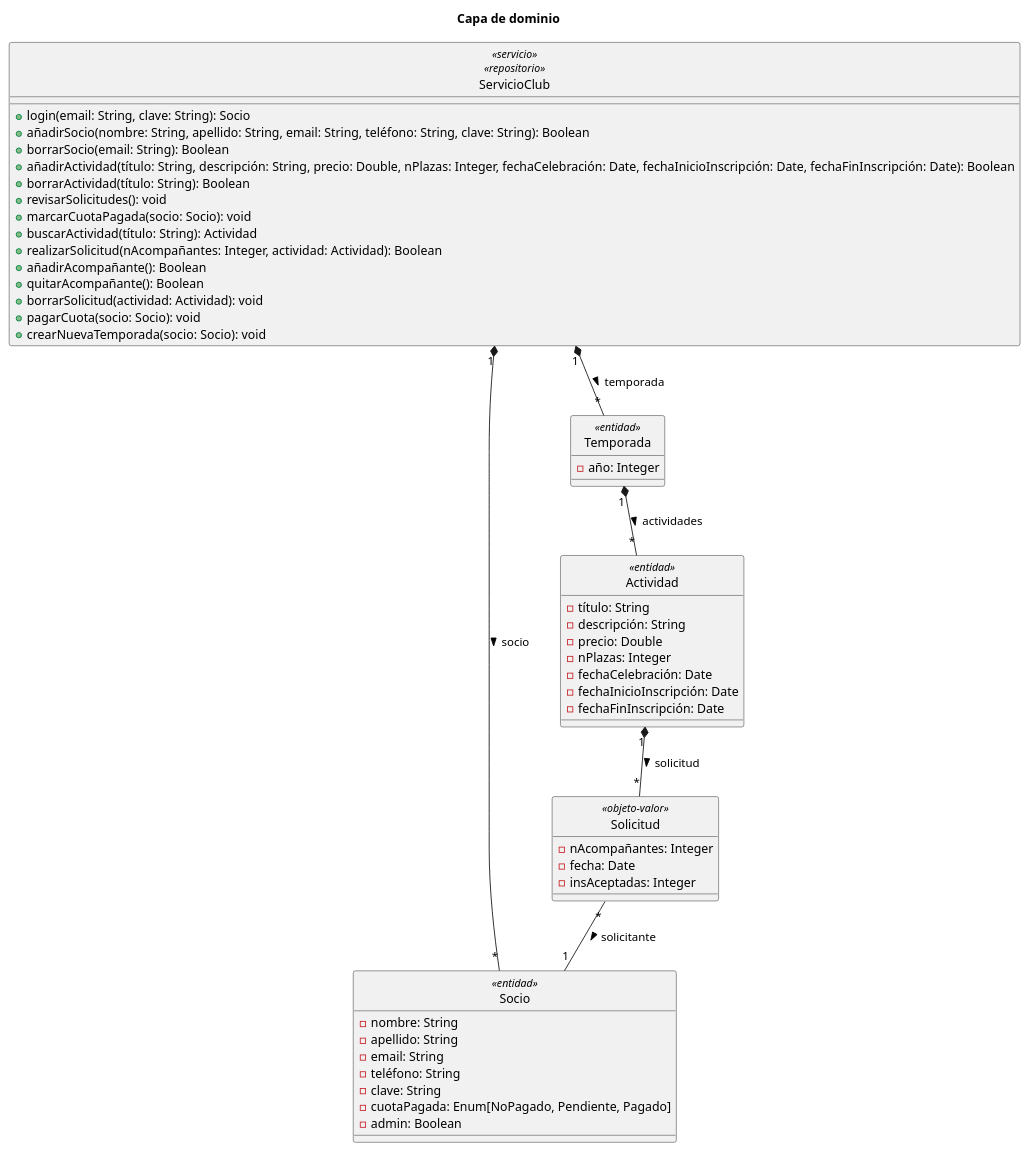
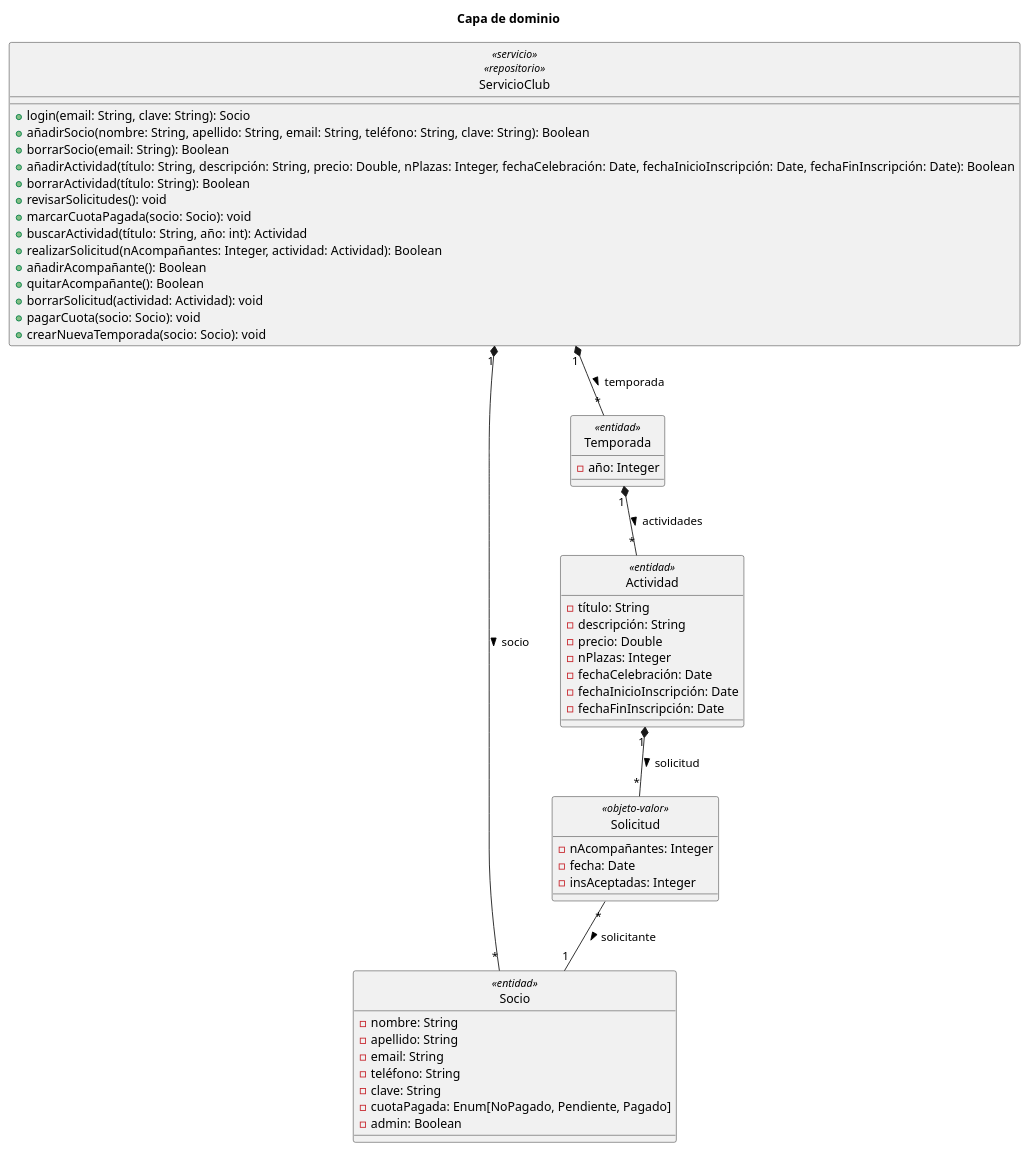
Before and after one commit to fjja0004/DAE-2024-fjja0004-scr00043-jfb00009: the diagram in diagramaDominio.puml, drawn with PlantUML.

Commit message:
Adicción del parámetro año a el método ServicioClub::buscarActividad

```diff
--- a/diagramaDominio.puml
+++ b/diagramaDominio.puml
@@ -1,59 +1,59 @@
 @startuml
 title "Capa de dominio"
 hide circle
 'skinparam classAttributeIconSize 0
 
 class ServicioClub <<servicio>> <<repositorio>> {
     + login(email: String, clave: String): Socio
     + añadirSocio(nombre: String, apellido: String, email: String, teléfono: String, clave: String): Boolean
     + borrarSocio(email: String): Boolean
     + añadirActividad(título: String, descripción: String, precio: Double, nPlazas: Integer, fechaCelebración: Date, fechaInicioInscripción: Date, fechaFinInscripción: Date): Boolean
     + borrarActividad(título: String): Boolean
     + revisarSolicitudes(): void
     + marcarCuotaPagada(socio: Socio): void
-    + buscarActividad(título: String): Actividad
+    + buscarActividad(título: String, año: int): Actividad
     + realizarSolicitud(nAcompañantes: Integer, actividad: Actividad): Boolean
     + añadirAcompañante(): Boolean
     + quitarAcompañante(): Boolean
     + borrarSolicitud(actividad: Actividad): void
     + pagarCuota(socio: Socio): void
     + crearNuevaTemporada(socio: Socio): void
 }
 
 class Socio <<entidad>> {
 - nombre: String
 - apellido: String
 - email: String
 - teléfono: String
 - clave: String
 - cuotaPagada: Enum[NoPagado, Pendiente, Pagado]
 - admin: Boolean
 }
 
 class Actividad <<entidad>> {
 - título: String
 - descripción: String
 - precio: Double
 - nPlazas: Integer
 - fechaCelebración: Date
 - fechaInicioInscripción: Date
 - fechaFinInscripción: Date
 }
 
 class Solicitud <<objeto-valor>> {
 - nAcompañantes: Integer
 - fecha: Date
 - insAceptadas: Integer
 }
 
 class Temporada <<entidad>> {
 - año: Integer
 }
 
 Solicitud "*" -- "1" Socio : > solicitante
 Actividad "1" *-- "*" Solicitud : > solicitud
 Temporada "1" *-- "*" Actividad : > actividades
 ServicioClub "1" *-- "*" Socio : > socio
 ServicioClub "1" *-- "*" Temporada : > temporada
 
 @enduml
```
